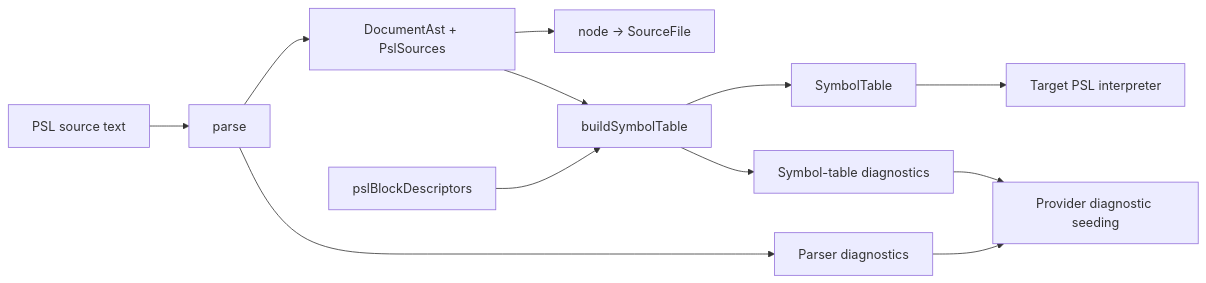
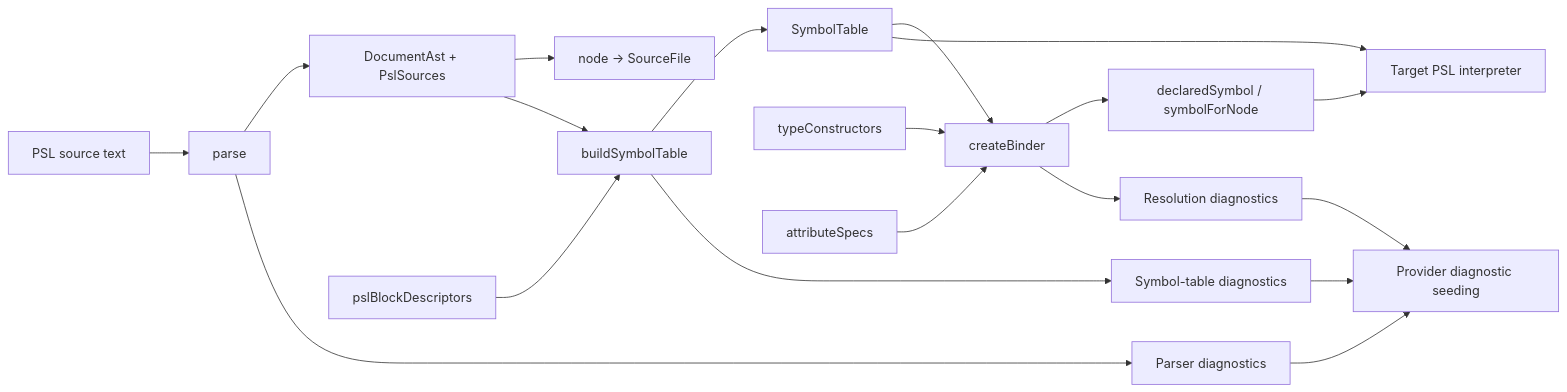
One commit to Rhae-Shane/orm changed the diagram in packages/1-framework/2-authoring/psl-parser/README.md. Above: the diagram before and after it, drawn with Mermaid. The commit also changed other lines of this file and 3 other files, not shown here.

First line of the commit message:
feat(psl-parser): export the binder and build attribute contexts from it

````diff
--- a/packages/1-framework/2-authoring/psl-parser/README.md
+++ b/packages/1-framework/2-authoring/psl-parser/README.md
@@ -57,14 +119,21 @@
 ```mermaid
 flowchart LR
   PSL[PSL source text] --> Parse[parse]
   Parse --> CST[DocumentAst + PslSources]
   Parse --> ParseDiagnostics[Parser diagnostics]
   CST --> SourceLookup[node -> SourceFile]
   CST --> Symbols[buildSymbolTable]
   Descriptors[pslBlockDescriptors] --> Symbols
   Symbols --> SymbolTable[SymbolTable]
   Symbols --> SymbolDiagnostics[Symbol-table diagnostics]
+  SymbolTable --> Binder[createBinder]
+  TypeConstructors[typeConstructors] --> Binder
+  AttributeSpecs[attributeSpecs] --> Binder
+  Binder --> BinderQueries[declaredSymbol / symbolForNode]
+  Binder --> BinderDiagnostics[Resolution diagnostics]
   SymbolTable --> Interpreter[Target PSL interpreter]
+  BinderQueries --> Interpreter
   ParseDiagnostics --> Provider[Provider diagnostic seeding]
   SymbolDiagnostics --> Provider
+  BinderDiagnostics --> Provider
 ```
````
